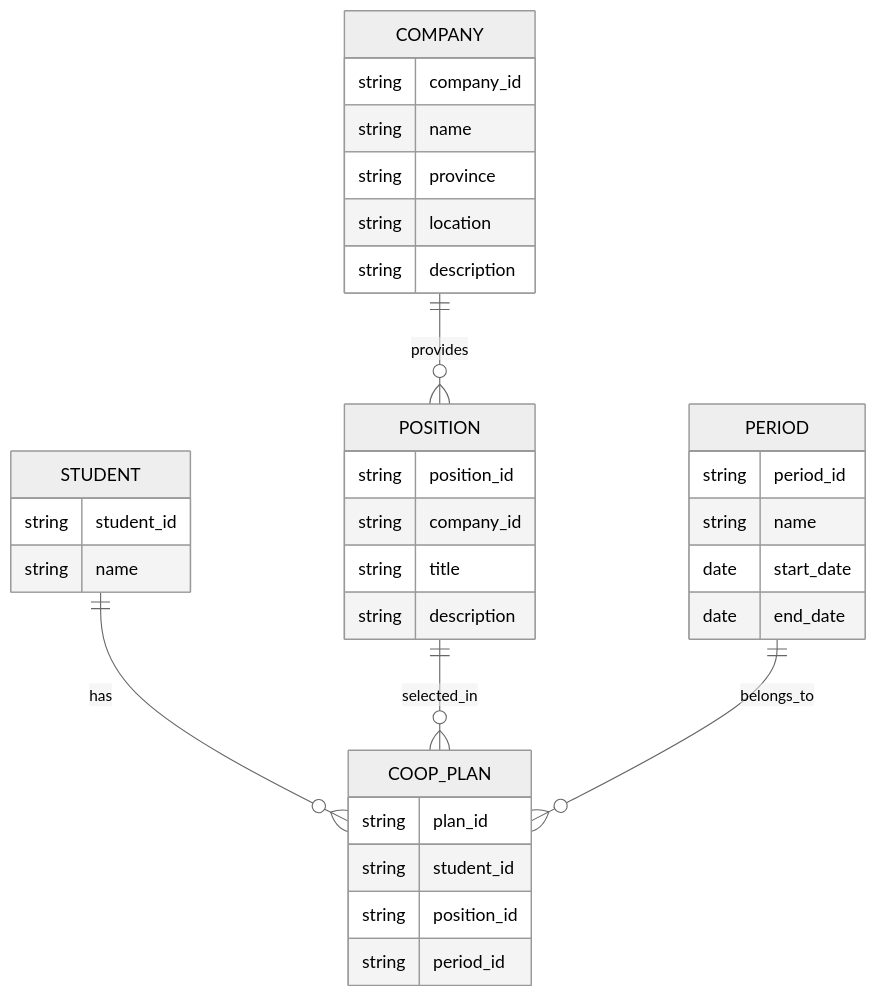
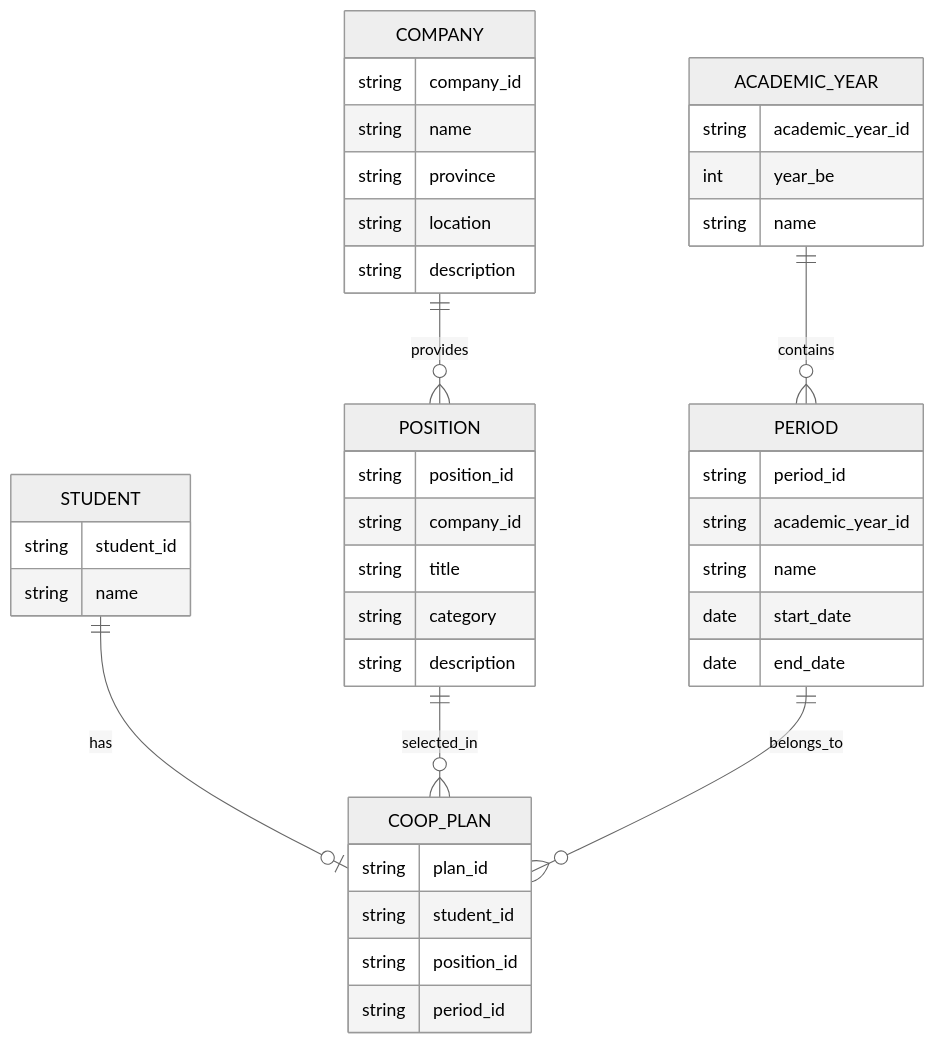
Before and after one commit to KaylahJin/CS361-Project: the second of 6 diagrams in docs/overview/V2.md, drawn with Mermaid (neutral theme). The commit also changed other lines of this file, not shown here.

````diff
--- a/docs/overview/V2.md
+++ b/docs/overview/V2.md
@@ -67,42 +105,55 @@
 ```mermaid
 erDiagram
 
-    STUDENT ||--o{ COOP_PLAN : has
+    STUDENT ||--o| COOP_PLAN : has
+
     COMPANY ||--o{ POSITION : provides
+
     POSITION ||--o{ COOP_PLAN : selected_in
+
+    ACADEMIC_YEAR ||--o{ PERIOD : contains
+
     PERIOD ||--o{ COOP_PLAN : belongs_to
 
     STUDENT {
         string student_id
         string name
     }
 
     COMPANY {
         string company_id
         string name
         string province
         string location
         string description
     }
 
     POSITION {
         string position_id
         string company_id
         string title
+        string category
         string description
+    }
+
+    ACADEMIC_YEAR {
+        string academic_year_id
+        int year_be
+        string name
     }
 
     PERIOD {
         string period_id
+        string academic_year_id
         string name
         date start_date
         date end_date
     }
 
     COOP_PLAN {
         string plan_id
         string student_id
         string position_id
         string period_id
     }
 ```
````
